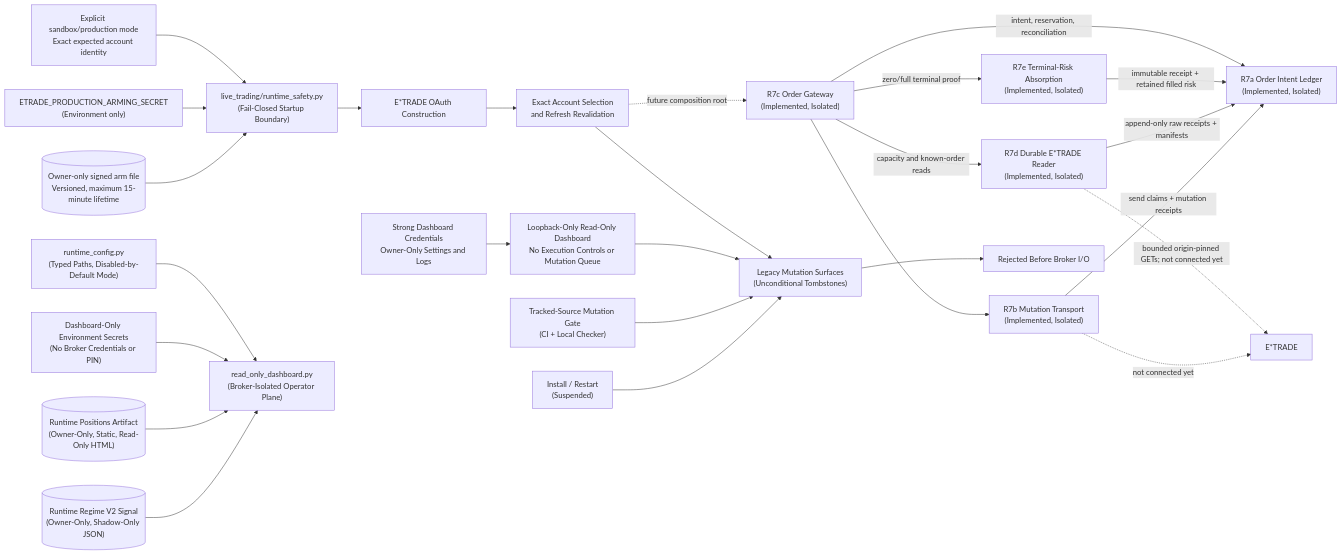
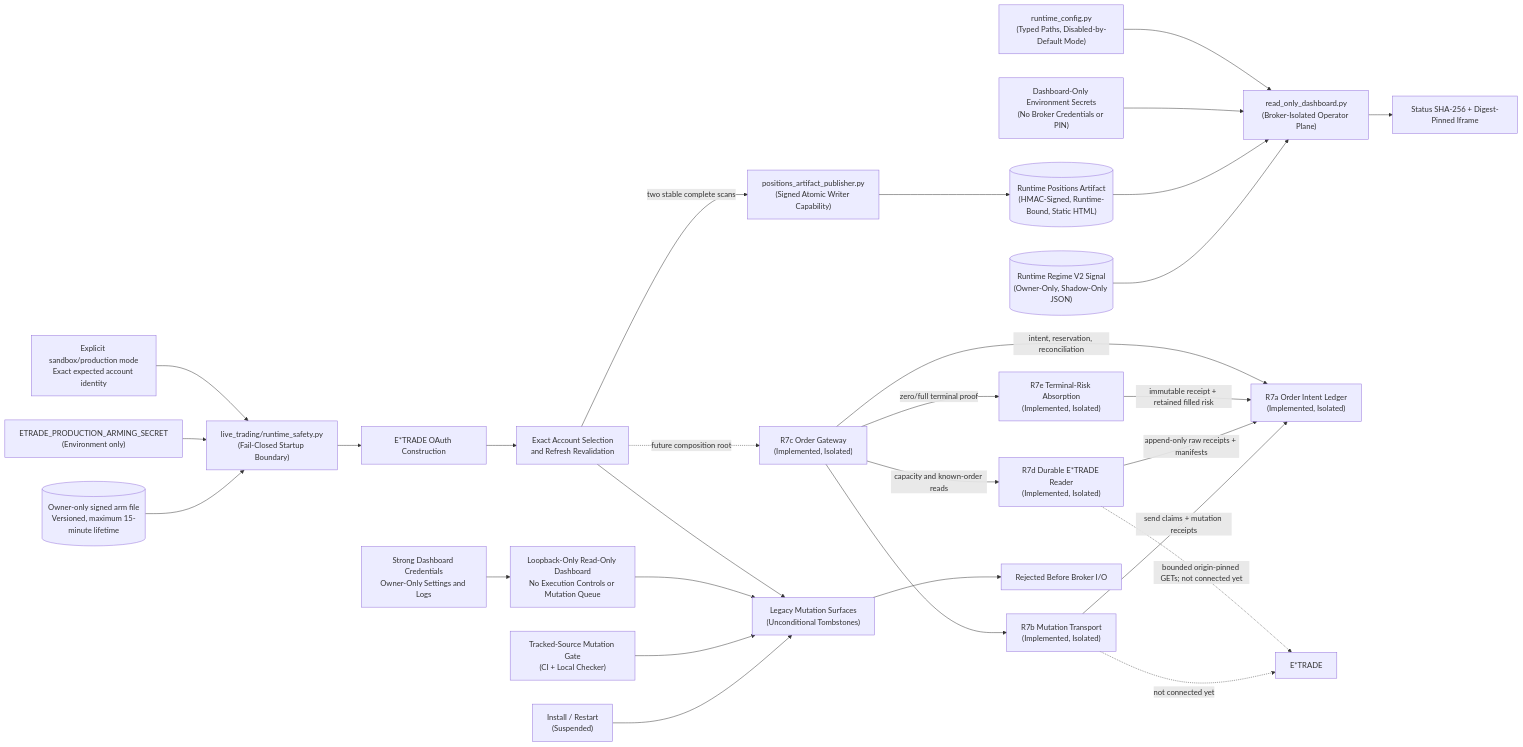
Before and after one commit to tbt316/etrade_quant_trading: the third of 3 diagrams in etrade_python_client/docs/project_overview.md, drawn with Mermaid. The commit also changed other lines of this file and 23 other files, not shown here.

Commit message:
Publish signed read-only positions artifact

````diff
--- a/etrade_python_client/docs/project_overview.md
+++ b/etrade_python_client/docs/project_overview.md
@@ -142,51 +142,55 @@
 ```mermaid
 flowchart LR
     CLI["Explicit sandbox/production mode<br/>Exact expected account identity"]
     SECRET["ETRADE_PRODUCTION_ARMING_SECRET<br/>(Environment only)"]
     ARM[("Owner-only signed arm file<br/>Versioned, maximum 15-minute lifetime")]
     SAFE["live_trading/runtime_safety.py<br/>(Fail-Closed Startup Boundary)"]
     OAUTH["E*TRADE OAuth Construction"]
     ACCOUNT["Exact Account Selection<br/>and Refresh Revalidation"]
     DASHCFG["Strong Dashboard Credentials<br/>Owner-Only Settings and Logs"]
     DASH["Loopback-Only Read-Only Dashboard<br/>No Execution Controls or Mutation Queue"]
     RCONFIG["runtime_config.py<br/>(Typed Paths, Disabled-by-Default Mode)"]
     DSECRETS["Dashboard-Only Environment Secrets<br/>(No Broker Credentials or PIN)"]
     RODASH["read_only_dashboard.py<br/>(Broker-Isolated Operator Plane)"]
-    POSITIONS[("Runtime Positions Artifact<br/>(Owner-Only, Static, Read-Only HTML)")]
+    PSP["positions_artifact_publisher.py<br/>(Signed Atomic Writer Capability)"]
+    POSITIONS[("Runtime Positions Artifact<br/>(HMAC-Signed, Runtime-Bound, Static HTML)")]
+    PDIGEST["Status SHA-256 + Digest-Pinned Iframe"]
     SHADOW[("Runtime Regime V2 Signal<br/>(Owner-Only, Shadow-Only JSON)")]
     LEGACY["Legacy Mutation Surfaces<br/>(Unconditional Tombstones)"]
     STATIC["Tracked-Source Mutation Gate<br/>(CI + Local Checker)"]
     DEPLOY["Install / Restart<br/>(Suspended)"]
     LEDGER["R7a Order Intent Ledger<br/>(Implemented, Isolated)"]
     TRANSPORT["R7b Mutation Transport<br/>(Implemented, Isolated)"]
     GATE["R7c Order Gateway<br/>(Implemented, Isolated)"]
     READER["R7d Durable E*TRADE Reader<br/>(Implemented, Isolated)"]
     ABSORB["R7e Terminal-Risk Absorption<br/>(Implemented, Isolated)"]
     BROKER["E*TRADE"]
 
     CLI --> SAFE
     SECRET --> SAFE
     ARM --> SAFE
     SAFE --> OAUTH --> ACCOUNT
     DASHCFG --> DASH
     RCONFIG --> RODASH
     DSECRETS --> RODASH
-    POSITIONS --> RODASH
+    ACCOUNT -->|"two stable complete scans"| PSP
+    PSP --> POSITIONS
+    POSITIONS --> RODASH --> PDIGEST
     SHADOW --> RODASH
     ACCOUNT --> LEGACY
     DASH --> LEGACY
     STATIC --> LEGACY
     DEPLOY --> LEGACY
     BLOCK["Rejected Before Broker I/O"]
     LEGACY --> BLOCK
     ACCOUNT -.->|"future composition root"| GATE
     GATE -->|"intent, reservation, reconciliation"| LEDGER
     GATE -->|"capacity and known-order reads"| READER
     GATE -->|"zero/full terminal proof"| ABSORB
     ABSORB -->|"immutable receipt + retained filled risk"| LEDGER
     GATE --> TRANSPORT
     READER -->|"append-only raw receipts + manifests"| LEDGER
     TRANSPORT -->|"send claims + mutation receipts"| LEDGER
     READER -.->|"bounded origin-pinned GETs; not connected yet"| BROKER
     TRANSPORT -.->|"not connected yet"| BROKER
 ```
````
